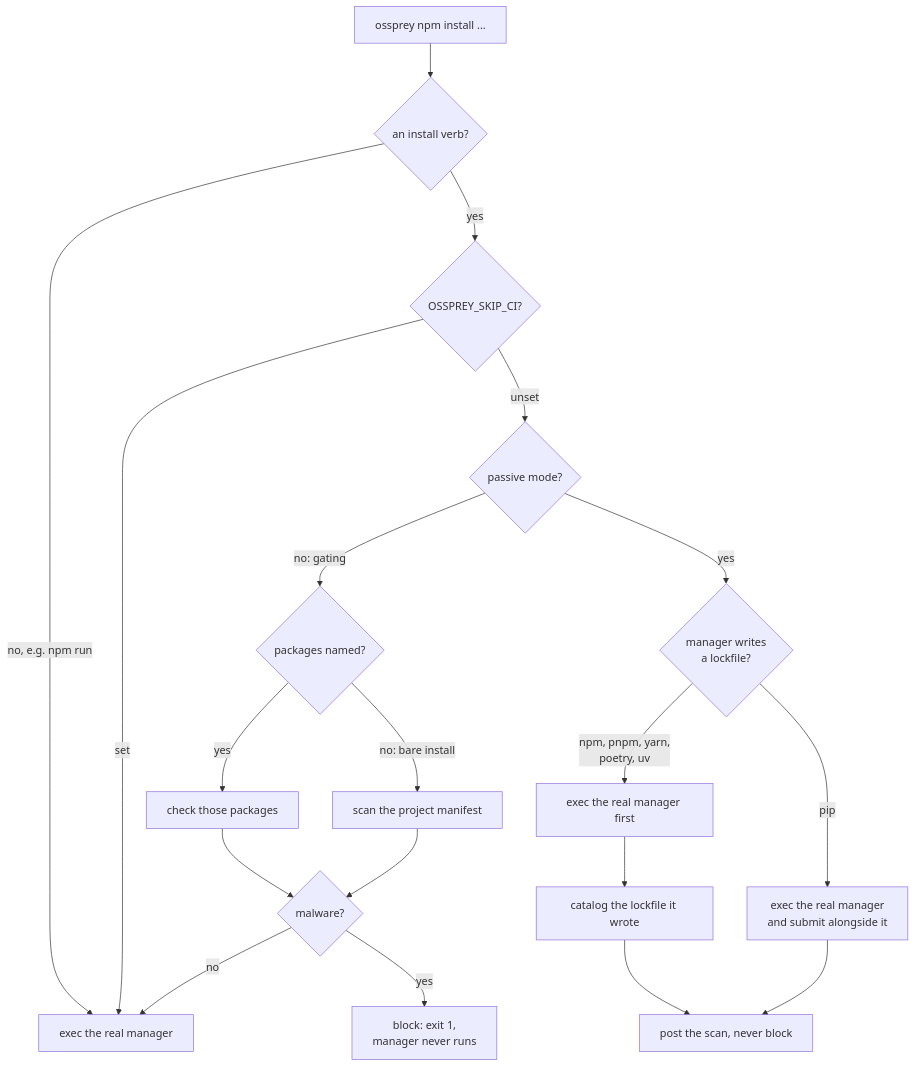
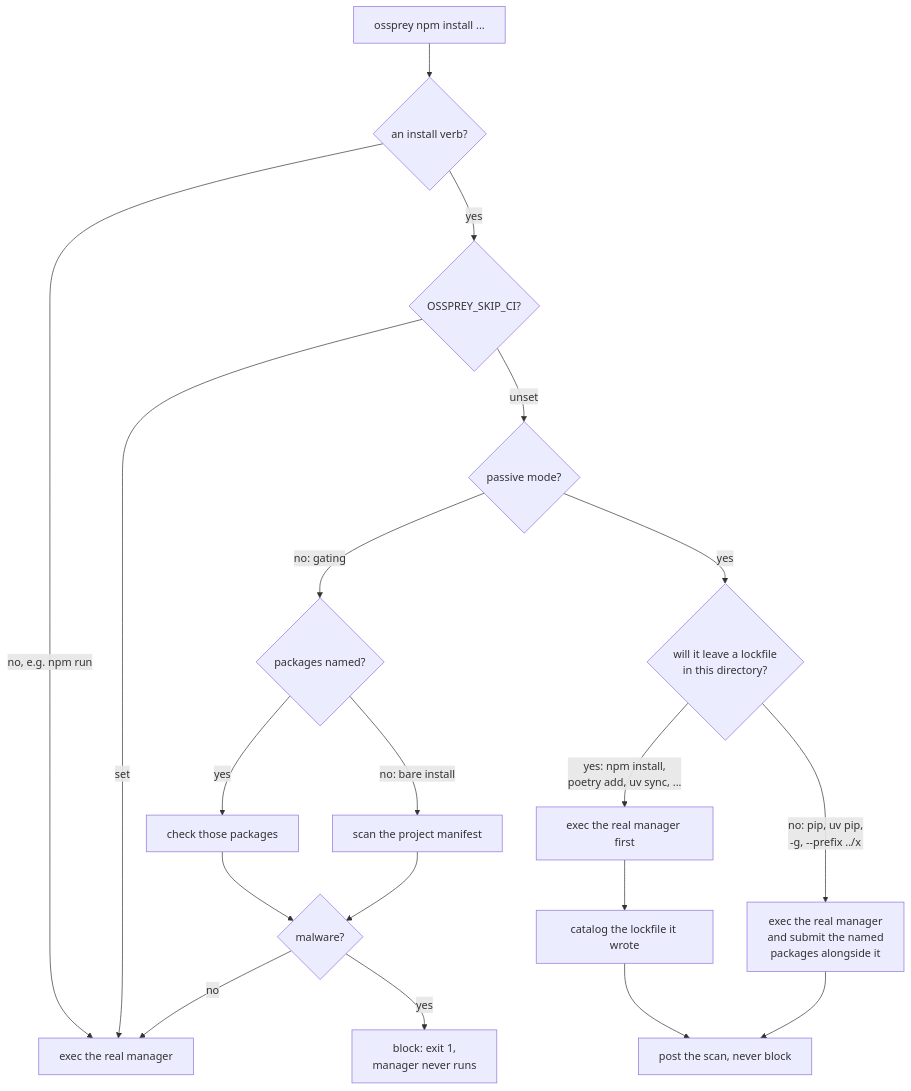
The second of 3 diagrams in docs/architecture.md (ossprey/ossprey-cli), drawn with Mermaid before and after one commit. The commit also changed other lines of this file and 8 other files, not shown here.

````diff
--- a/docs/architecture.md
+++ b/docs/architecture.md
@@ -41,23 +46,23 @@
 ```mermaid
 flowchart TD
     S["ossprey npm install ..."] --> T{"an install verb?"}
     T -- "no, e.g. npm run" --> U["exec the real manager"]
     T -- "yes" --> V{"OSSPREY_SKIP_CI?"}
     V -- "set" --> U
     V -- "unset" --> W{"passive mode?"}
 
     W -- "no: gating" --> X{"packages named?"}
     X -- "yes" --> Y["check those packages"]
     X -- "no: bare install" --> Z["scan the project manifest"]
     Y --> AA{"malware?"}
     Z --> AA
     AA -- "yes" --> AB["block: exit 1,<br/>manager never runs"]
     AA -- "no" --> U
 
-    W -- "yes" --> AC{"manager writes<br/>a lockfile?"}
-    AC -- "npm, pnpm, yarn,<br/>poetry, uv" --> AD["exec the real manager first"]
+    W -- "yes" --> AC{"will it leave a lockfile<br/>in this directory?"}
+    AC -- "yes: npm install,<br/>poetry add, uv sync, ..." --> AD["exec the real manager first"]
     AD --> AE["catalog the lockfile it wrote"]
     AE --> AF["post the scan, never block"]
-    AC -- "pip" --> AG["exec the real manager<br/>and submit alongside it"]
+    AC -- "no: pip, uv pip,<br/>-g, --prefix ../x" --> AG["exec the real manager<br/>and submit the named<br/>packages alongside it"]
     AG --> AF
 ```
````
